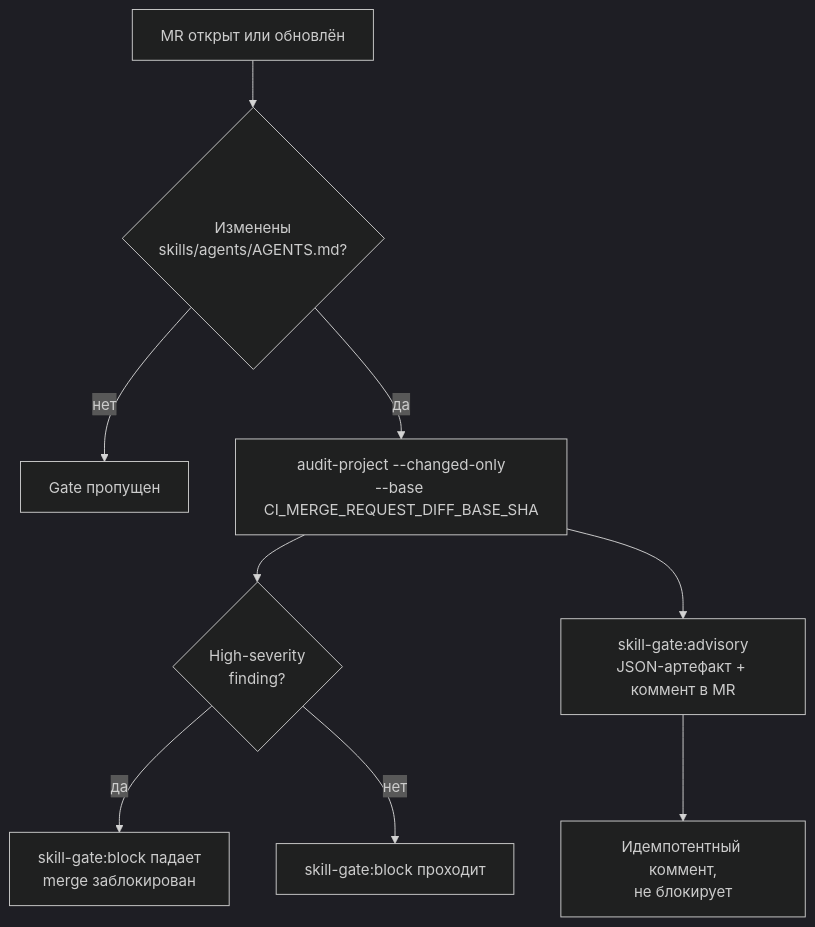
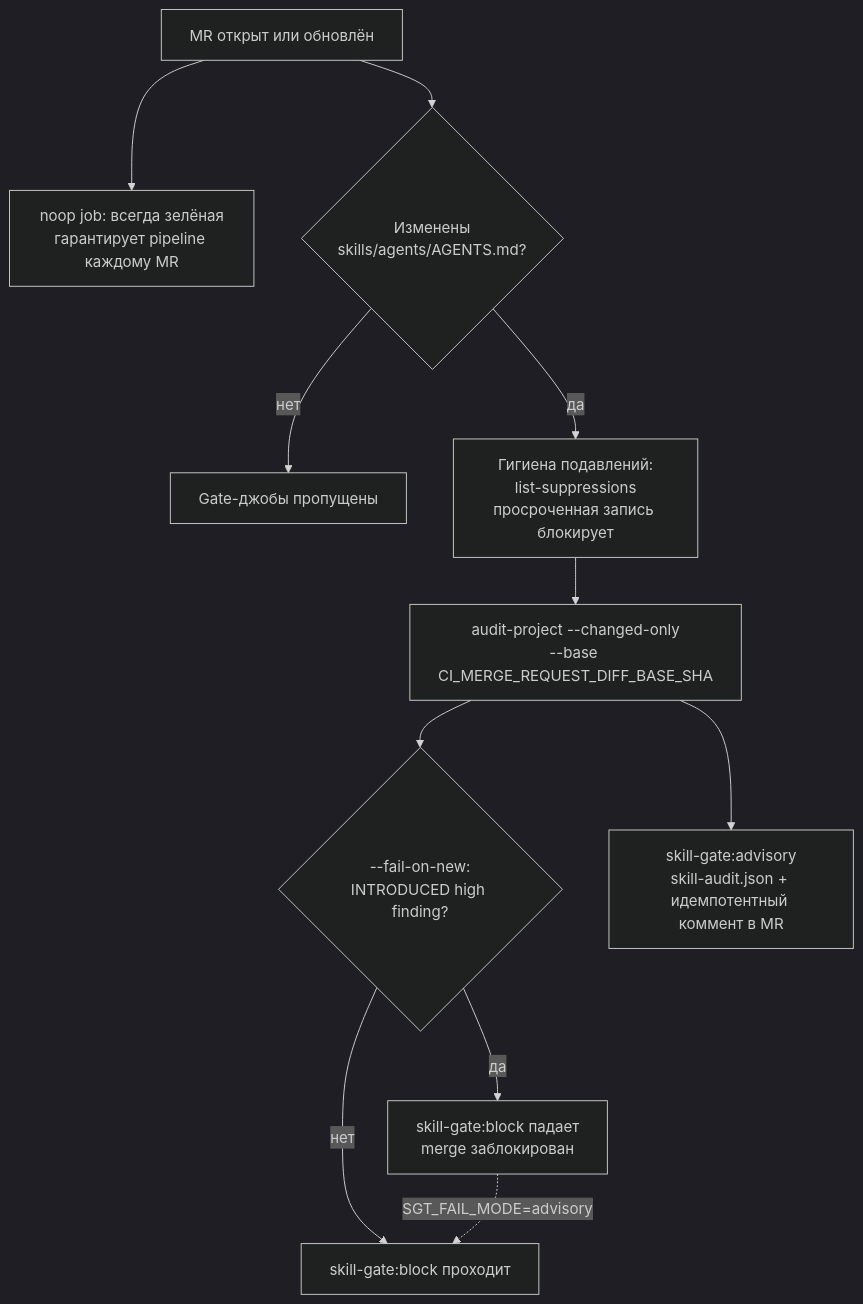
One commit to artemrudenko/skill-governance-toolkit changed the sixth of 9 diagrams in docs/user-guide.ru.md. Above: the diagram before and after it, drawn with Mermaid (dark theme). The commit also changed other lines of this file and 1 other file, not shown here.

````diff
--- a/docs/user-guide.ru.md
+++ b/docs/user-guide.ru.md
@@ -596,11 +335,13 @@
 ```mermaid
 flowchart TD
-    MR[MR открыт или обновлён] --> CH{Изменены<br/>skills/agents/AGENTS.md?}
-    CH -- нет --> SKIP[Gate пропущен]
-    CH -- да --> SCOPE[audit-project --changed-only<br/>--base CI_MERGE_REQUEST_DIFF_BASE_SHA]
-    SCOPE --> BLOCK{High-severity<br/>finding?}
-    BLOCK -- да --> FAIL[skill-gate:block падает<br/>merge заблокирован]
-    BLOCK -- нет --> PASS[skill-gate:block проходит]
-    SCOPE --> ADV[skill-gate:advisory<br/>JSON-артефакт + коммент в MR]
-    ADV --> NOTE[Идемпотентный коммент,<br/>не блокирует]
+    MR[MR открыт или обновлён] --> NOOP[noop job: всегда зелёная<br/>гарантирует pipeline каждому MR]
+    MR --> CH{Изменены<br/>skills/agents/AGENTS.md?}
+    CH -- нет --> SKIP[Gate-джобы пропущены]
+    CH -- да --> SUP[Гигиена подавлений:<br/>list-suppressions<br/>просроченная запись блокирует]
+    SUP --> SCOPE[audit-project --changed-only<br/>--base CI_MERGE_REQUEST_DIFF_BASE_SHA]
+    SCOPE --> NEW{--fail-on-new:<br/>INTRODUCED high finding?}
+    NEW -- да --> FAIL[skill-gate:block падает<br/>merge заблокирован]
+    NEW -- нет --> PASS[skill-gate:block проходит]
+    SCOPE --> ADV[skill-gate:advisory<br/>skill-audit.json + идемпотентный коммент в MR]
+    FAIL -. SGT_FAIL_MODE=advisory .-> PASS
 ```
````
